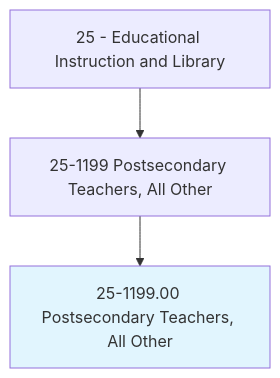
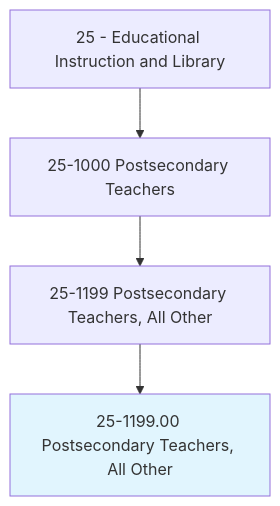
The first of 4 diagrams in occupations/Education/PostsecondaryTeachers.mdx (kziemski/business.org.ai), drawn with Mermaid before and after one commit. The commit also changed other lines of this file and 938 other files, not shown here.

````diff
--- a/occupations/Education/PostsecondaryTeachers.mdx
+++ b/occupations/Education/PostsecondaryTeachers.mdx
@@ -19,6 +23,7 @@
 ```mermaid
 graph TD
-    Cat25["25 - Educational Instruction and Library"] --> Group251199["25-1199 Postsecondary Teachers, All Other"]
+    Cat25["25 - Educational Instruction and Library"] --> Group251["25-1000 Postsecondary Teachers"]
+    Group251 --> Group251199["25-1199 Postsecondary Teachers, All Other"]
     Group251199 --> Current["25-1199.00 Postsecondary Teachers, All Other"]
     style Current fill:#e1f5fe
 ```
````
